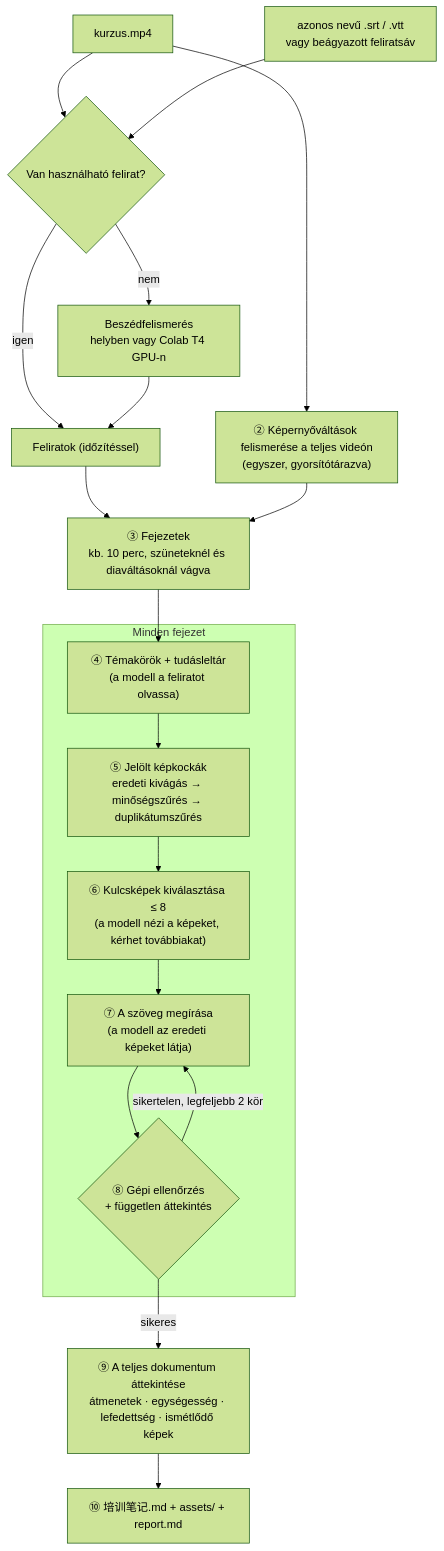
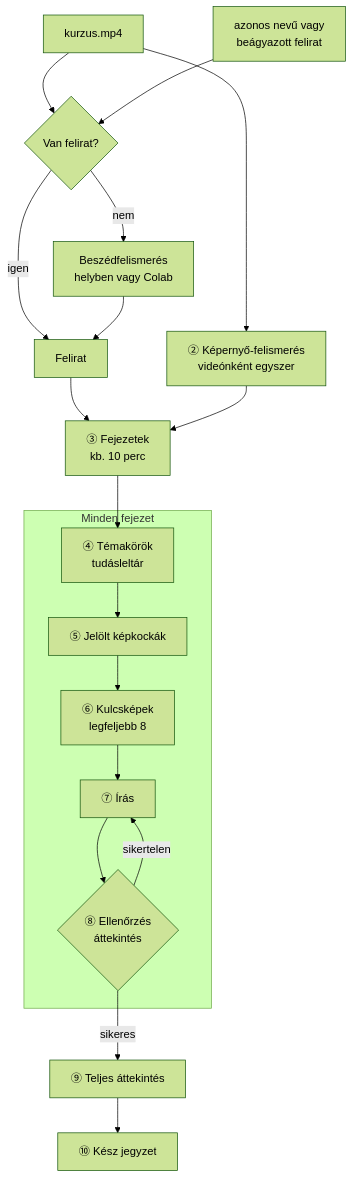
Before and after one commit to songyang8964/video-notes: the fourth of 7 diagrams in README.hu.md, drawn with Mermaid (forest theme). The commit also changed other lines of this file and 2 other files, not shown here.

Commit message:
README: usage first, short diagram labels, timeline as a table

````diff
--- a/README.hu.md
+++ b/README.hu.md
@@ -94,22 +319,20 @@
 ```mermaid
 flowchart TD
-    V["kurzus.mp4"] --> S{"Van használható felirat?"}
-    SUB["azonos nevű .srt / .vtt<br/>vagy beágyazott feliratsáv"] --> S
-    S -- igen --> CUES["Feliratok (időzítéssel)"]
-    S -- nem --> ASR["Beszédfelismerés<br/>helyben vagy Colab T4 GPU-n"] --> CUES
-    V --> DET["② Képernyőváltások felismerése a teljes videón<br/>(egyszer, gyorsítótárazva)"]
-    CUES --> CH["③ Fejezetek<br/>kb. 10 perc, szüneteknél és diaváltásoknál vágva"]
+    V["kurzus.mp4"] --> S{"Van felirat?"}
+    SUB["azonos nevű vagy<br/>beágyazott felirat"] --> S
+    S -- igen --> CUES["Felirat"]
+    S -- nem --> ASR["Beszédfelismerés<br/>helyben vagy Colab"] --> CUES
+    V --> DET["② Képernyő-felismerés<br/>videónként egyszer"]
+    CUES --> CH["③ Fejezetek<br/>kb. 10 perc"]
     DET --> CH
     CH --> P
-
     subgraph LOOP["Minden fejezet"]
-        P["④ Témakörök + tudásleltár<br/>(a modell a feliratot olvassa)"] --> C["⑤ Jelölt képkockák<br/>eredeti kivágás → minőségszűrés → duplikátumszűrés"]
-        C --> SEL["⑥ Kulcsképek kiválasztása ≤ 8<br/>(a modell nézi a képeket, kérhet továbbiakat)"]
-        SEL --> W["⑦ A szöveg megírása<br/>(a modell az eredeti képeket látja)"]
-        W --> CHK{"⑧ Gépi ellenőrzés<br/>+ független áttekintés"}
-        CHK -- sikertelen, legfeljebb 2 kör --> W
+        P["④ Témakörök<br/>tudásleltár"] --> C["⑤ Jelölt képkockák"]
+        C --> SEL["⑥ Kulcsképek<br/>legfeljebb 8"]
+        SEL --> W["⑦ Írás"]
+        W --> CHK{"⑧ Ellenőrzés<br/>áttekintés"}
+        CHK -- sikertelen --> W
     end
-
-    CHK -- sikeres --> G["⑨ A teljes dokumentum áttekintése<br/>átmenetek · egységesség · lefedettség · ismétlődő képek"]
-    G --> OUT["⑩ 培训笔记.md + assets/ + report.md"]
+    CHK -- sikeres --> G["⑨ Teljes áttekintés"]
+    G --> OUT["⑩ Kész jegyzet"]
 ```
````
